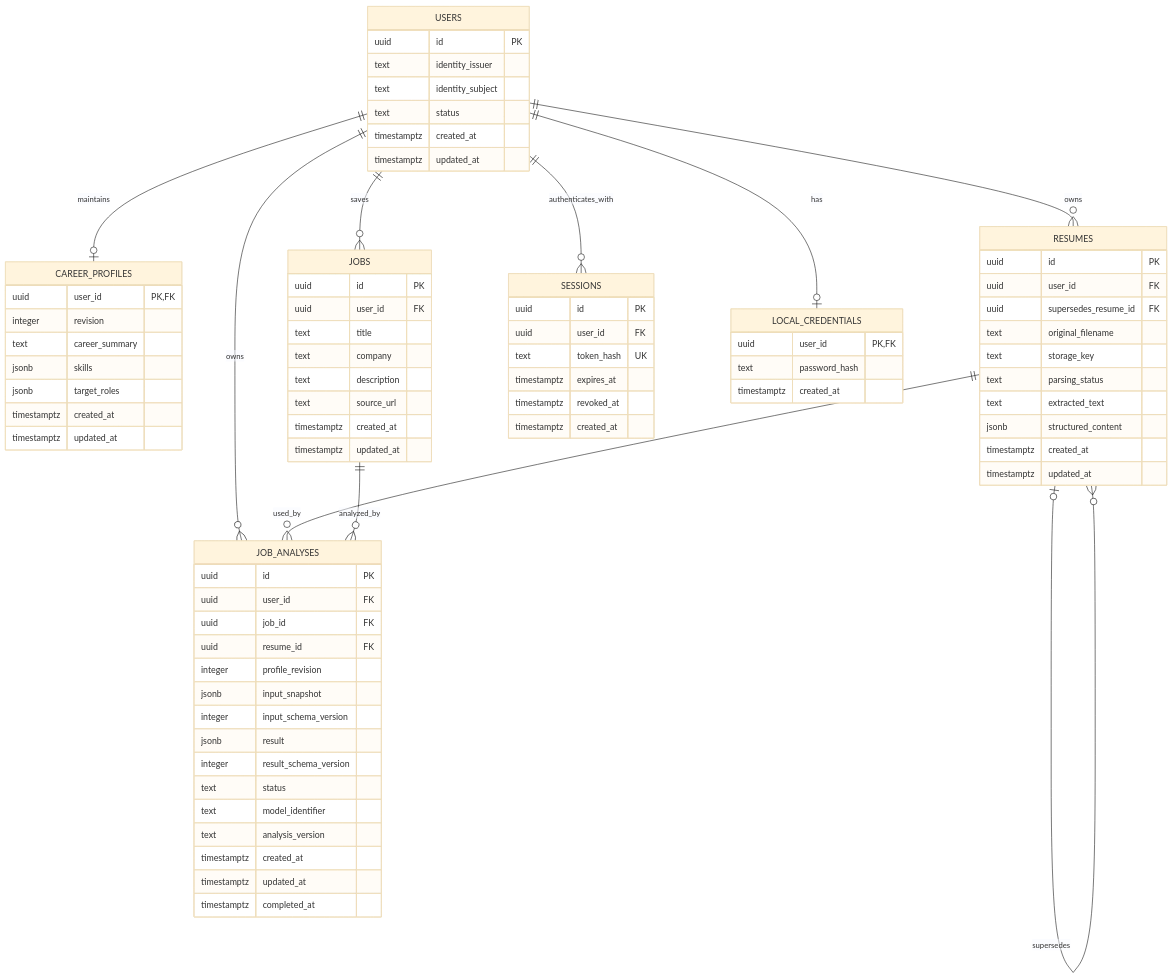
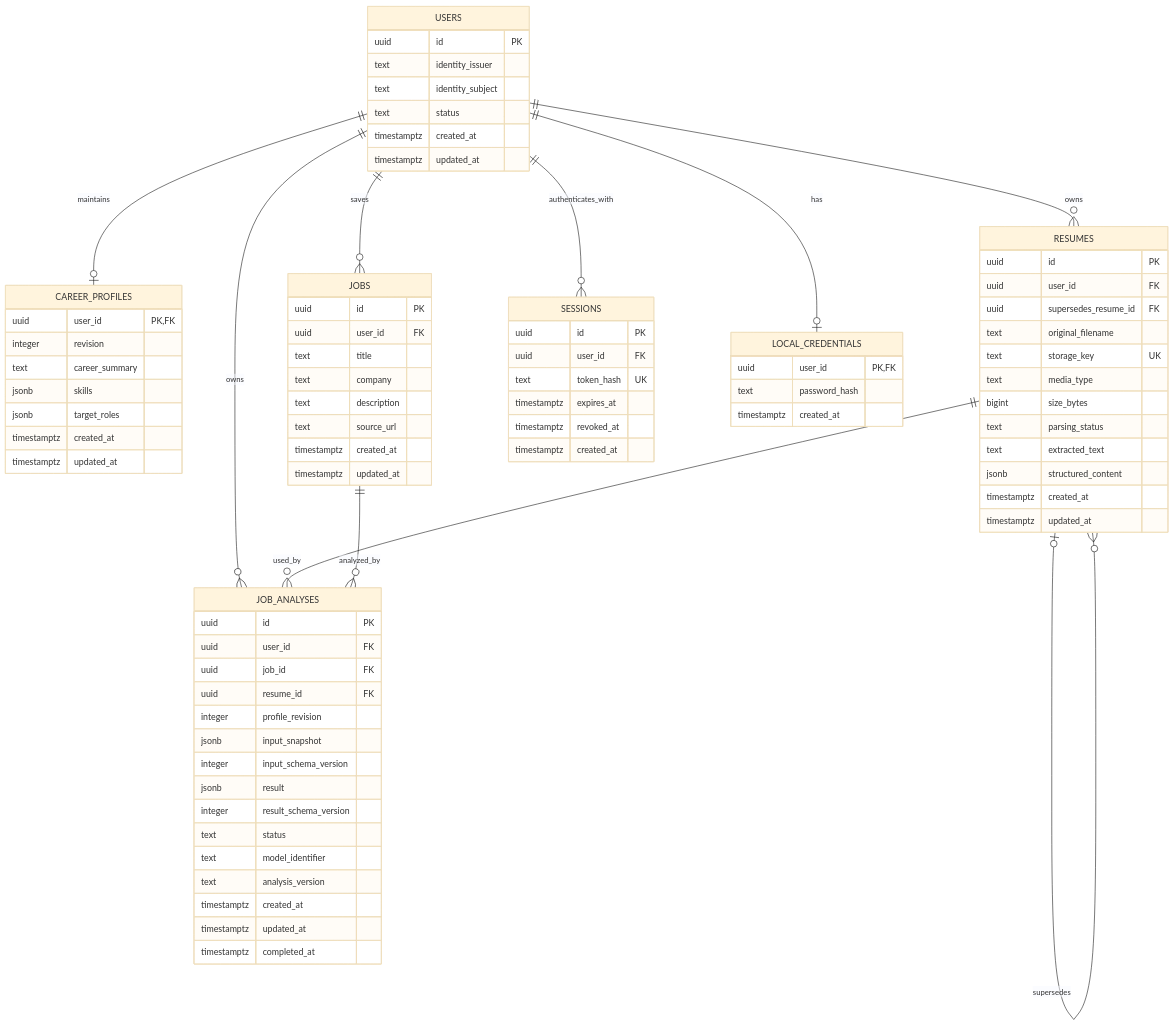
One commit to Holywrj/agentic-career-copilot changed the diagram in docs/architecture.md. Above: the diagram before and after it, drawn with Mermaid (base theme). The commit also changed other lines of this file and 24 other files, not shown here.

```diff
--- a/docs/architecture.md
+++ b/docs/architecture.md
@@ -136,7 +136,9 @@
         uuid user_id FK
         uuid supersedes_resume_id FK
         text original_filename
-        text storage_key
+        text storage_key UK
+        text media_type
+        bigint size_bytes
         text parsing_status
         text extracted_text
         jsonb structured_content
```
